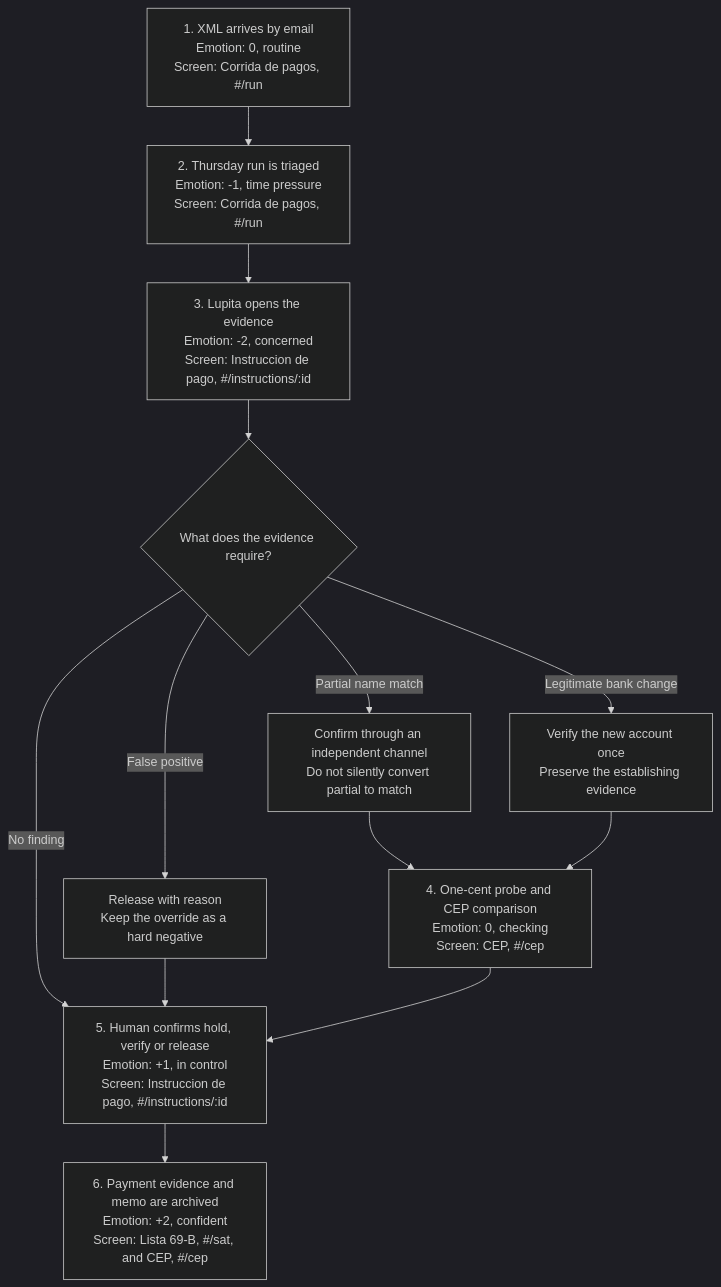
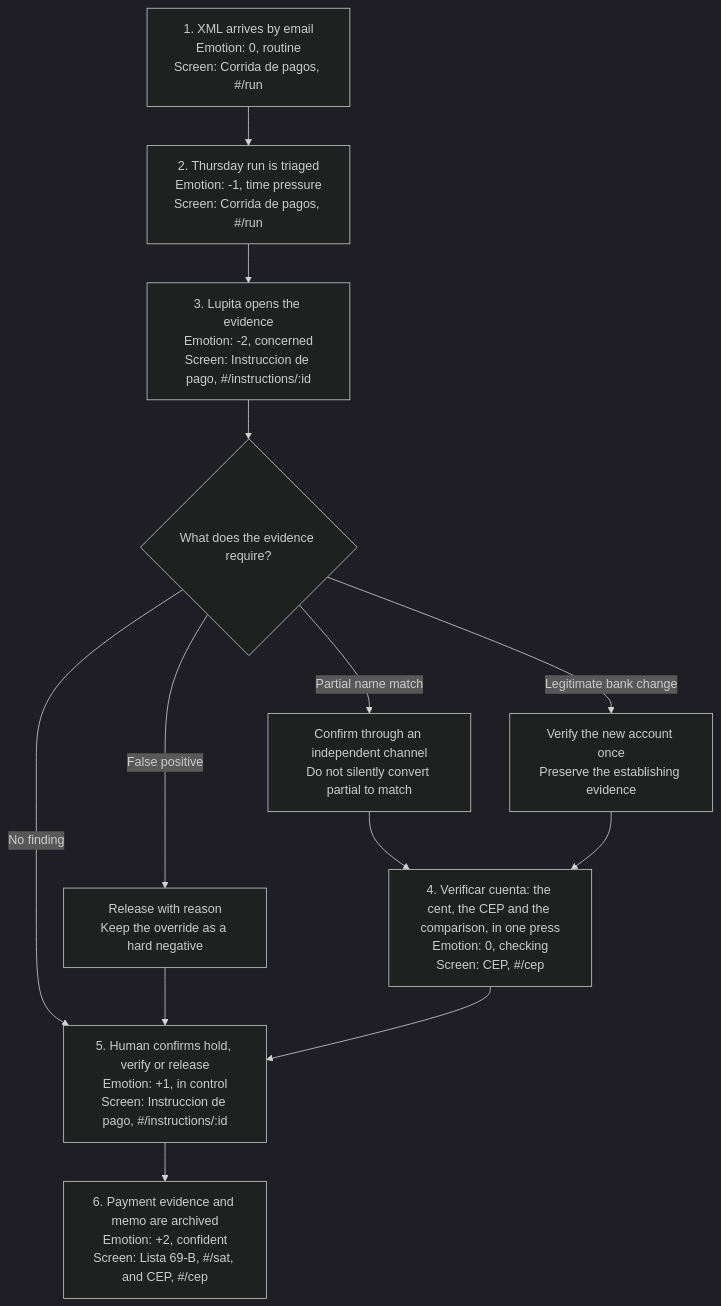
Before and after one commit to garzario/CapitalOneHackMTY: the diagram in docs/03-user-journey.md, drawn with Mermaid (dark theme). The commit also changed other lines of this file and 49 other files, not shown here.

First line of the commit message:
feat(rail): the one-cent verification, from the cent to the decision (#166) (#176)

````diff
--- a/docs/03-user-journey.md
+++ b/docs/03-user-journey.md
@@ -12,17 +12,17 @@
 ```mermaid
 flowchart TD
   A["1. XML arrives by email<br/>Emotion: 0, routine<br/>Screen: Corrida de pagos, #/run"]
   B["2. Thursday run is triaged<br/>Emotion: -1, time pressure<br/>Screen: Corrida de pagos, #/run"]
   C["3. Lupita opens the evidence<br/>Emotion: -2, concerned<br/>Screen: Instruccion de pago, #/instructions/:id"]
   D{"What does the evidence require?"}
-  E["4. One-cent probe and CEP comparison<br/>Emotion: 0, checking<br/>Screen: CEP, #/cep"]
+  E["4. Verificar cuenta: the cent, the CEP and the comparison, in one press<br/>Emotion: 0, checking<br/>Screen: CEP, #/cep"]
   F["5. Human confirms hold, verify or release<br/>Emotion: +1, in control<br/>Screen: Instruccion de pago, #/instructions/:id"]
   G["6. Payment evidence and memo are archived<br/>Emotion: +2, confident<br/>Screen: Lista 69-B, #/sat, and CEP, #/cep"]
 
   A --> B --> C --> D
   D -->|"No finding"| F
   D -->|"False positive"| FP["Release with reason<br/>Keep the override as a hard negative"] --> F
   D -->|"Partial name match"| PM["Confirm through an independent channel<br/>Do not silently convert partial to match"] --> E
   D -->|"Legitimate bank change"| LC["Verify the new account once<br/>Preserve the establishing evidence"] --> E
   E --> F --> G
 ```
````
